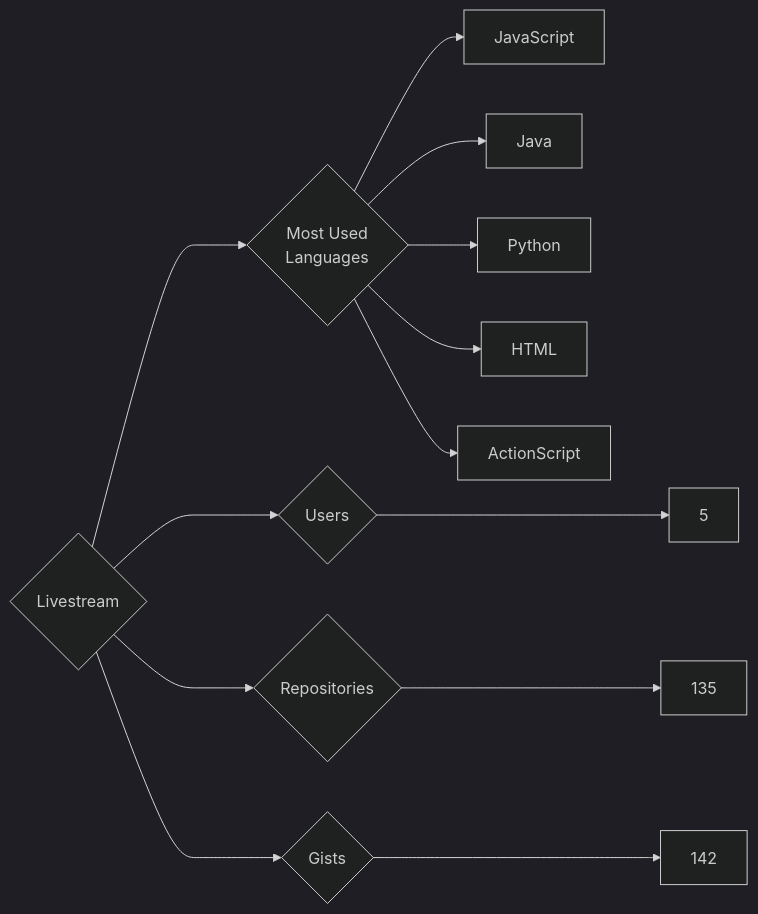
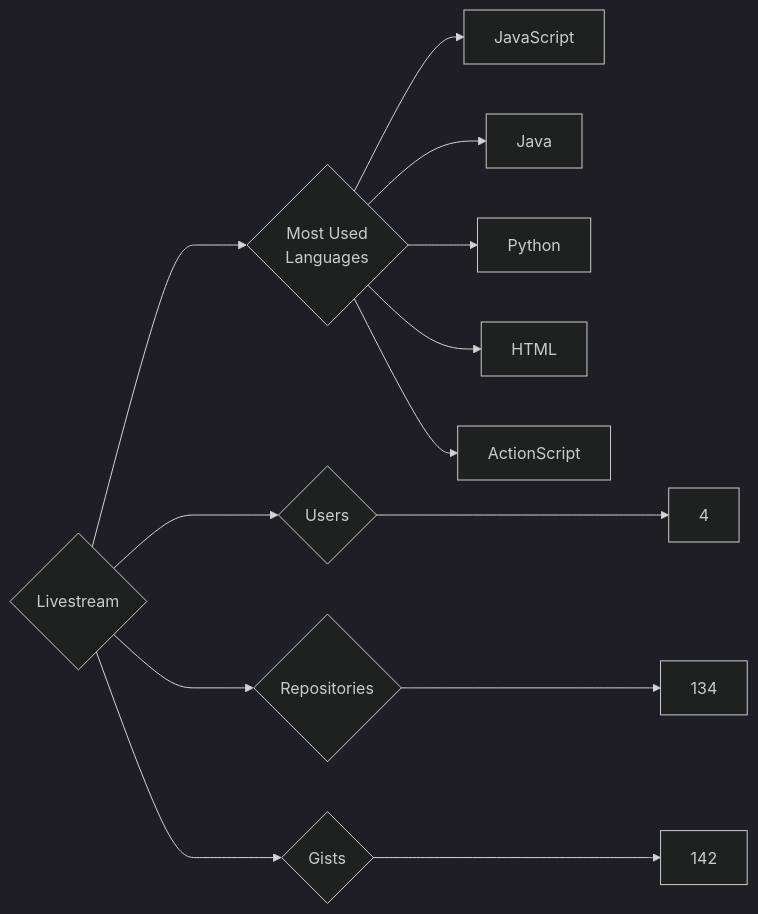
One commit to trickest/insiders changed the diagram in targets/Livestream/README.md. Above: the diagram before and after it, drawn with Mermaid (dark theme). The commit also changed 847 other files, not shown here.

````diff
--- a/targets/Livestream/README.md
+++ b/targets/Livestream/README.md
@@ -3,13 +3,13 @@
 ```mermaid
 graph LR
 COMPANY_NAME{Livestream}
-COMPANY_NAME ---> U{Users} ---> UN[5]
-COMPANY_NAME ---> R{Repositories} ---> RN[135]
+COMPANY_NAME ---> U{Users} ---> UN[4]
+COMPANY_NAME ---> R{Repositories} ---> RN[134]
 COMPANY_NAME ---> G{Gists} ---> GN[142]
 COMPANY_NAME ---> ML{Most Used<br>Languages}
 ML --> JavaScript[JavaScript]
 ML --> Java[Java]
 ML --> Python[Python]
 ML --> HTML[HTML]
 ML --> ActionScript[ActionScript]
 ```
````
